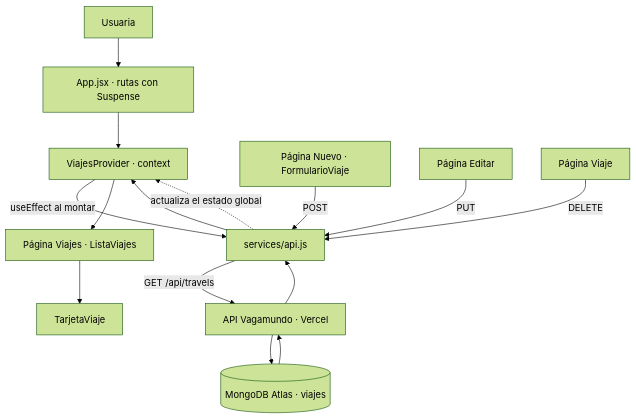
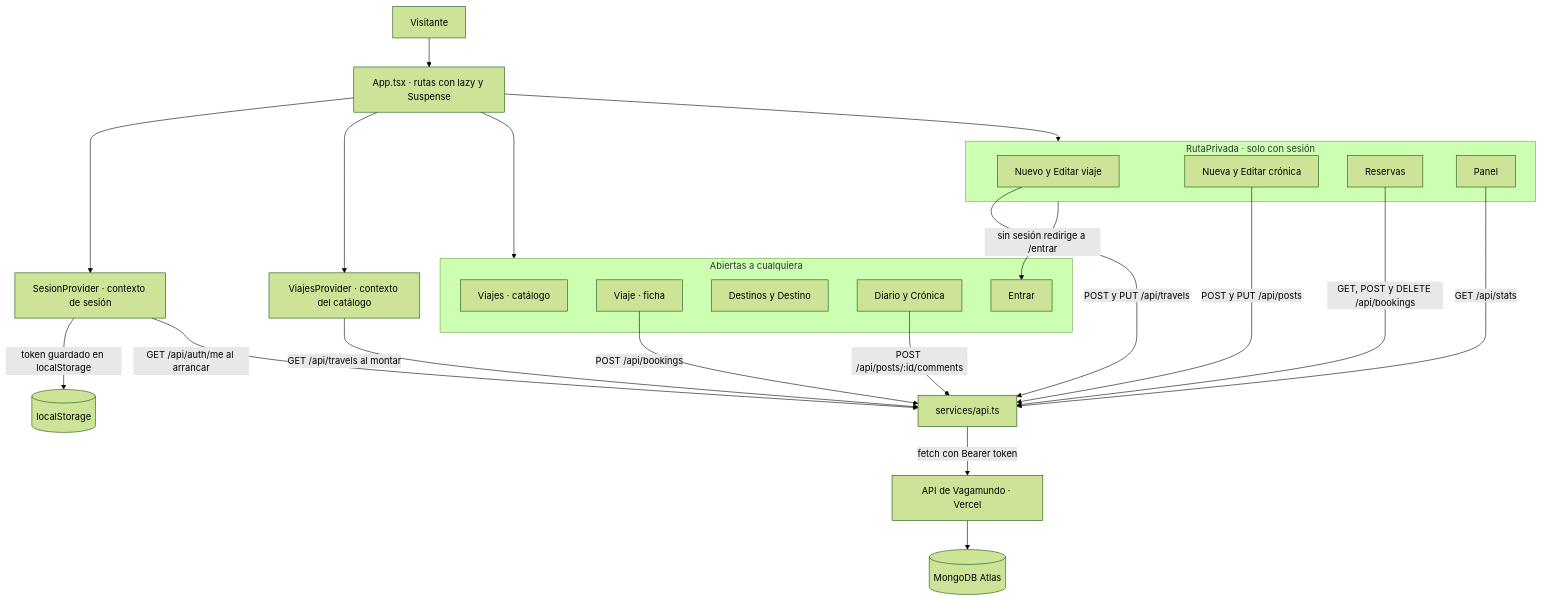
The diagram in README.md (hellobymarta/vagamundo-web), drawn with Mermaid (forest theme) before and after one commit. The commit also changed other lines of this file and 343 other files, not shown here.

````diff
--- a/README.md
+++ b/README.md
@@ -13,17 +21,40 @@
 ```mermaid
 flowchart TD
-    U[Usuaria] --> App[App.jsx · rutas con Suspense]
-    App --> Ctx[ViajesProvider · context]
-    Ctx -->|useEffect al montar| Srv[services/api.js]
-    Srv -->|GET /api/travels| API[API Vagamundo · Vercel]
-    API --> DB[(MongoDB Atlas · viajes)]
-    DB --> API --> Srv --> Ctx
+    U[Visitante] --> App["App.tsx · rutas con lazy y Suspense"]
 
-    Ctx --> Lista[Página Viajes · ListaViajes]
-    Lista --> Tarjeta[TarjetaViaje]
+    App --> Ses["SesionProvider · contexto de sesión"]
+    App --> Cat["ViajesProvider · contexto del catálogo"]
 
-    Form[Página Nuevo · FormularioViaje] -->|POST| Srv
-    Edit[Página Editar] -->|PUT| Srv
-    Ficha[Página Viaje] -->|DELETE| Srv
-    Srv -.->|actualiza el estado global| Ctx
+    Ses -->|"token guardado en localStorage"| LS[("localStorage")]
+    Ses -->|"GET /api/auth/me al arrancar"| Srv["services/api.ts"]
+    Cat -->|"GET /api/travels al montar"| Srv
+
+    Srv -->|"fetch con Bearer token"| API["API de Vagamundo · Vercel"]
+    API --> DB[("MongoDB Atlas")]
+
+    subgraph Publicas["Abiertas a cualquiera"]
+      P1["Viajes · catálogo"]
+      P2["Viaje · ficha"]
+      P3["Destinos y Destino"]
+      P4["Diario y Crónica"]
+      P5["Entrar"]
+    end
+
+    subgraph Privadas["RutaPrivada · solo con sesión"]
+      R1["Nuevo y Editar viaje"]
+      R2["Nueva y Editar crónica"]
+      R3["Reservas"]
+      R4["Panel"]
+    end
+
+    App --> Publicas
+    App --> Privadas
+    Privadas -->|"sin sesión redirige a /entrar"| P5
+
+    R1 -->|"POST y PUT /api/travels"| Srv
+    R2 -->|"POST y PUT /api/posts"| Srv
+    R3 -->|"GET, POST y DELETE /api/bookings"| Srv
+    R4 -->|"GET /api/stats"| Srv
+    P2 -->|"POST /api/bookings"| Srv
+    P4 -->|"POST /api/posts/:id/comments"| Srv
 ```
````
